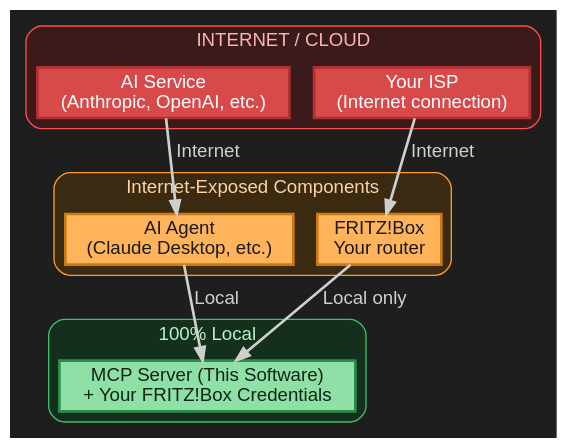
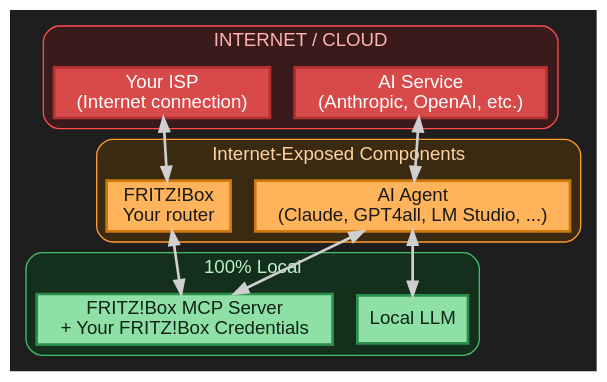
The diagram in arch.dot (kambriso/fritzbox-mcp-server), drawn with Graphviz before and after one commit. The commit also changed 1 other file, not shown here.

Commit message:
feat: update architecture diagram

```diff
--- a/arch.dot
+++ b/arch.dot
@@ -1,47 +1,49 @@
 digraph G {
   rankdir=TB;
   bgcolor="#1e1e1e";
   fontname="Helvetica";
   node [fontname="Helvetica", shape=box, style="filled", color="#000000", penwidth=2];
   edge [fontname="Helvetica", color="#cfcfcf", penwidth=2];
 
   // INTERNET / CLOUD
   subgraph cluster_cloud {
     label="INTERNET / CLOUD";
     style="rounded,filled";
     color="#ff4d4d";
     fillcolor="#3a1a1a";
     fontcolor="#ffb3b3";
-    
+
     ai [label="AI Service\n(Anthropic, OpenAI, etc.)", fillcolor="#d84a4a", fontcolor="white", color="#b03030"];
     isp [label="Your ISP\n(Internet connection)", fillcolor="#d84a4a", fontcolor="white", color="#b03030"];
   }
 
   // YOUR HOME NETWORK - Exposed
   subgraph cluster_exposed {
     label="Internet-Exposed Components";
     style="rounded,filled";
     color="#ff9c2a";
     fillcolor="#3a2a12";
     fontcolor="#ffd3a1";
 
-    agent [label="AI Agent\n(Claude Desktop, etc.)", fillcolor="#ffb35a", fontcolor="#1a1a1a", color="#cc7a10"];
+    agent [label="AI Agent\n(Claude, GPT4all, LM Studio, ...)", fillcolor="#ffb35a", fontcolor="#1a1a1a", color="#cc7a10"];
     fritz [label="FRITZ!Box\nYour router", fillcolor="#ffb35a", fontcolor="#1a1a1a", color="#cc7a10"];
   }
 
   // YOUR HOME NETWORK - Local
   subgraph cluster_local {
     label="100% Local";
     style="rounded,filled";
     color="#3fbf66";
     fillcolor="#14301d";
     fontcolor="#b8f2c8";
 
-    mcp [label="MCP Server (This Software)\n+ Your FRITZ!Box Credentials", fillcolor="#8fe0a6", fontcolor="#0f2416", color="#2a8d4a"];
+    llm [label="Local LLM", fillcolor="#8fe0a6", fontcolor="#0f2416", color="#2a8d4a"];
+    mcp [label="FRITZ!Box MCP Server\n+ Your FRITZ!Box Credentials", fillcolor="#8fe0a6", fontcolor="#0f2416", color="#2a8d4a"];
   }
 
-  ai -> agent [label="Internet", fontcolor="#cfcfcf"];
-  isp -> fritz [label="Internet", fontcolor="#cfcfcf"];
-  agent -> mcp [label="Local", fontcolor="#cfcfcf"];
-  fritz -> mcp [label="Local only", fontcolor="#cfcfcf"];
+  ai -> agent  [fontcolor="#cfcfcf", dir="both"];
+  isp -> fritz [fontcolor="#cfcfcf", dir="both"];
+  agent -> mcp [fontcolor="#cfcfcf", dir="both"];
+  agent -> llm [fontcolor="#cfcfcf", dir="both"];
+  fritz -> mcp [fontcolor="#cfcfcf", dir="both"];
 }
```
